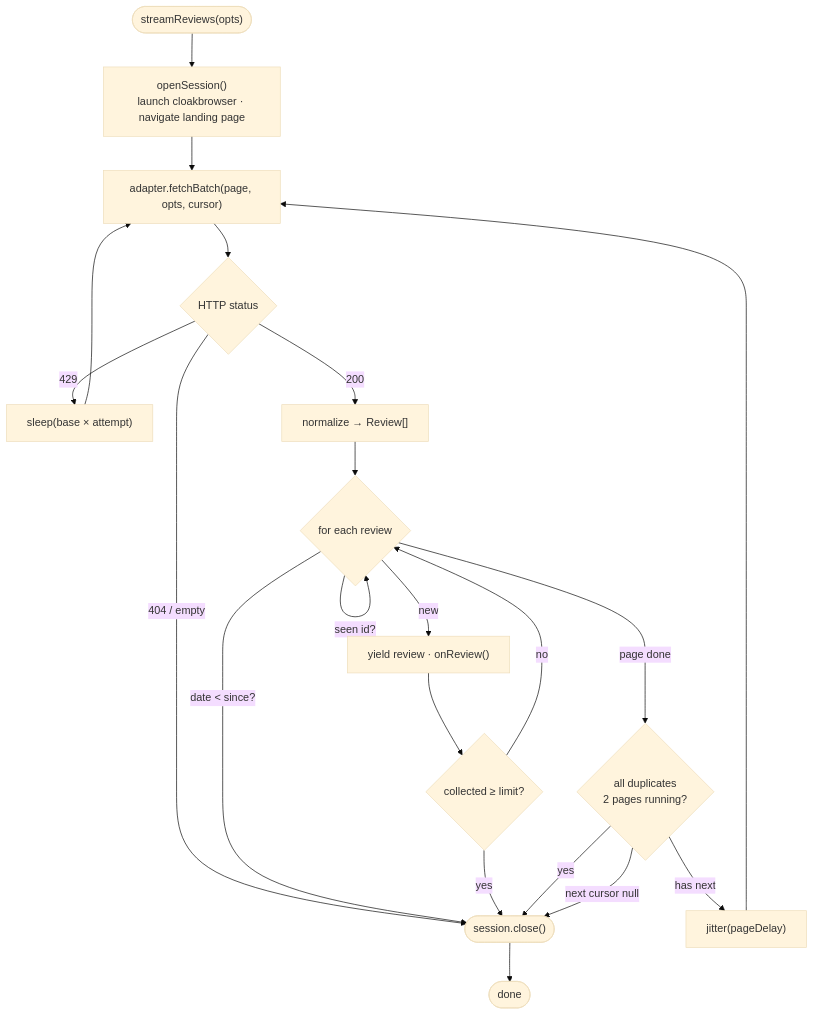
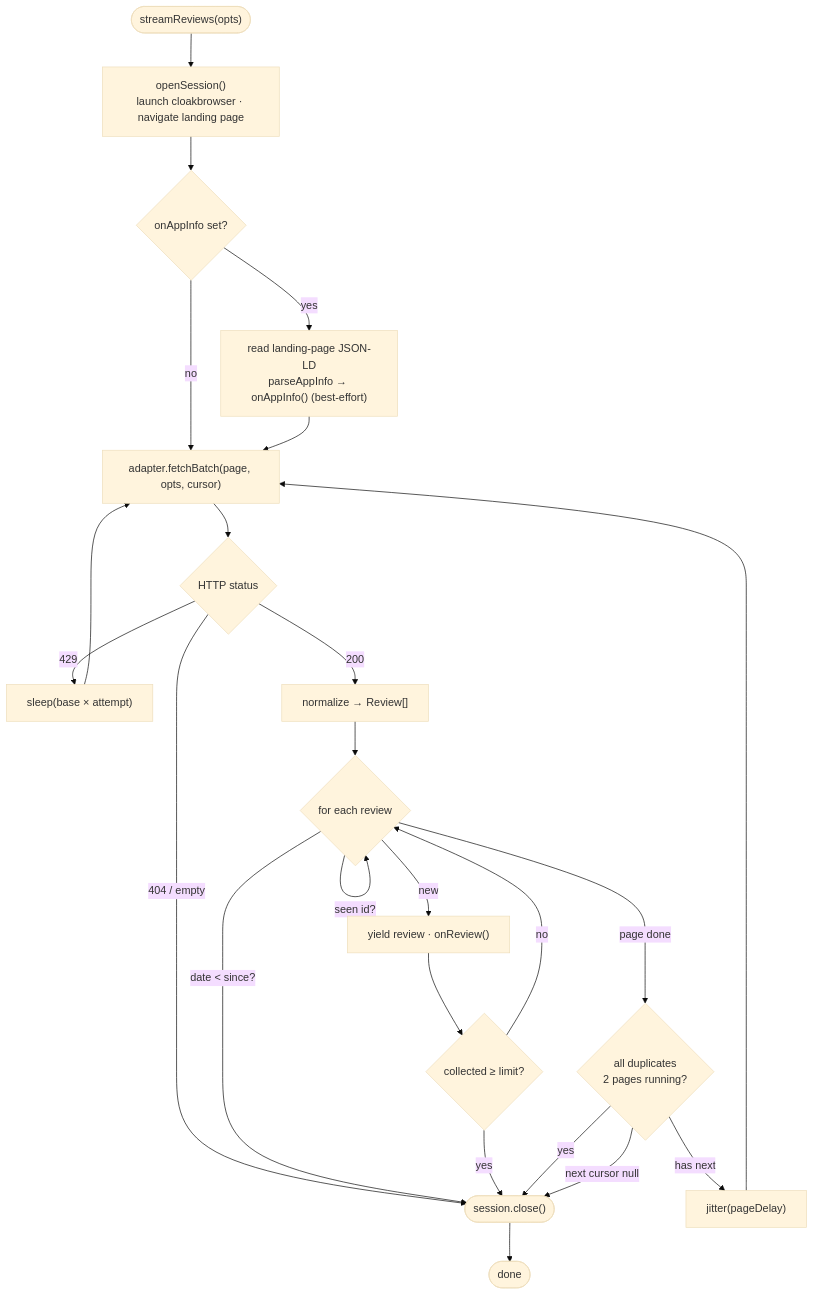
The third of 6 diagrams in DIAGRAM.md (Hackathon-IA-2026/solucoes-grupo-09), drawn with Mermaid (base theme) before and after one commit. The commit also changed other lines of this file and 20 other files, not shown here.

````diff
--- a/DIAGRAM.md
+++ b/DIAGRAM.md
@@ -92,21 +99,24 @@
 ```mermaid
 flowchart TD
   Start(["streamReviews(opts)"]) --> Open["openSession()<br/>launch cloakbrowser · navigate landing page"]
-  Open --> Fetch["adapter.fetchBatch(page, opts, cursor)"]
+  Open --> AppInfo{"onAppInfo set?"}
+  AppInfo -->|yes| Read["read landing-page JSON-LD<br/>parseAppInfo → onAppInfo() (best-effort)"]
+  AppInfo -->|no| Fetch
+  Read --> Fetch["adapter.fetchBatch(page, opts, cursor)"]
   Fetch --> Status{HTTP status}
   Status -->|429| Backoff["sleep(base × attempt)"] --> Fetch
   Status -->|404 / empty| Close
   Status -->|200| Norm["normalize → Review[]"]
   Norm --> Loop{"for each review"}
   Loop -->|"seen id?"| Loop
   Loop -->|"date < since?"| Close
   Loop -->|new| Yield["yield review · onReview()"]
   Yield --> Limit{"collected ≥ limit?"}
   Limit -->|yes| Close
   Limit -->|no| Loop
   Loop -->|"page done"| Dry{"all duplicates<br/>2 pages running?"}
   Dry -->|yes| Close
   Dry -->|"next cursor null"| Close
   Dry -->|"has next"| Jitter["jitter(pageDelay)"] --> Fetch
   Close(["session.close()"]) --> End(["done"])
 ```
````
